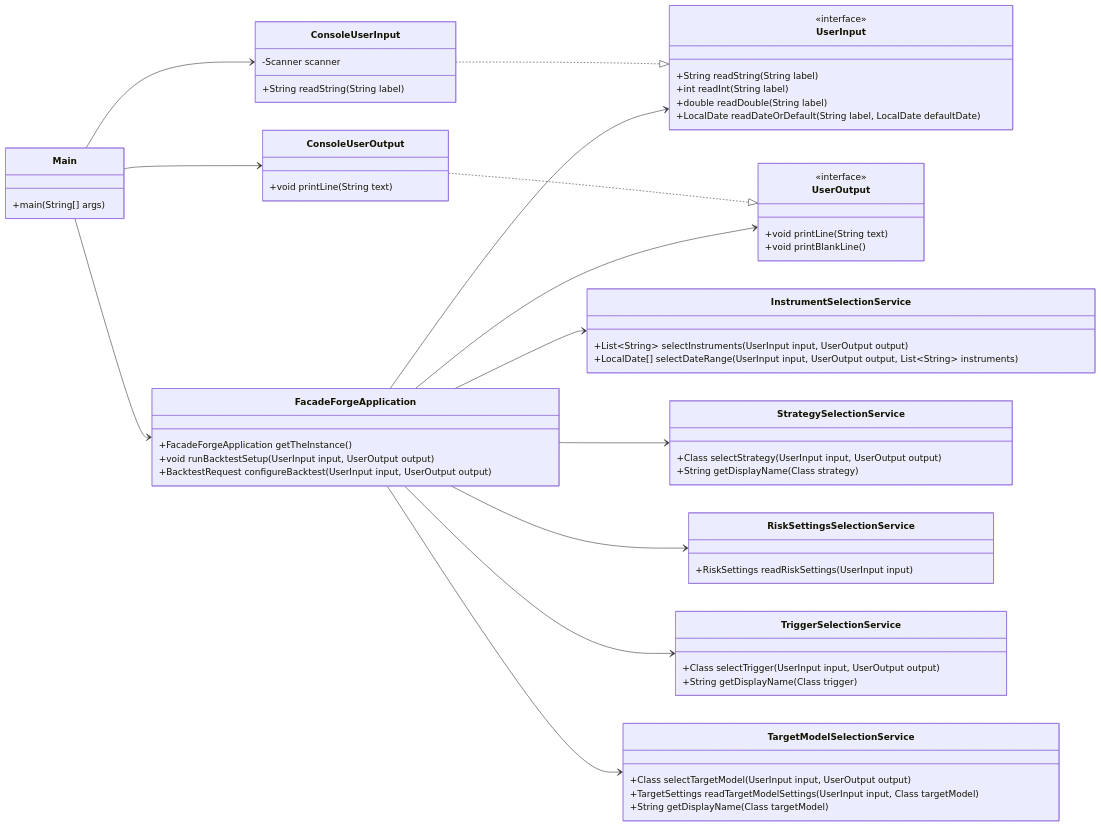
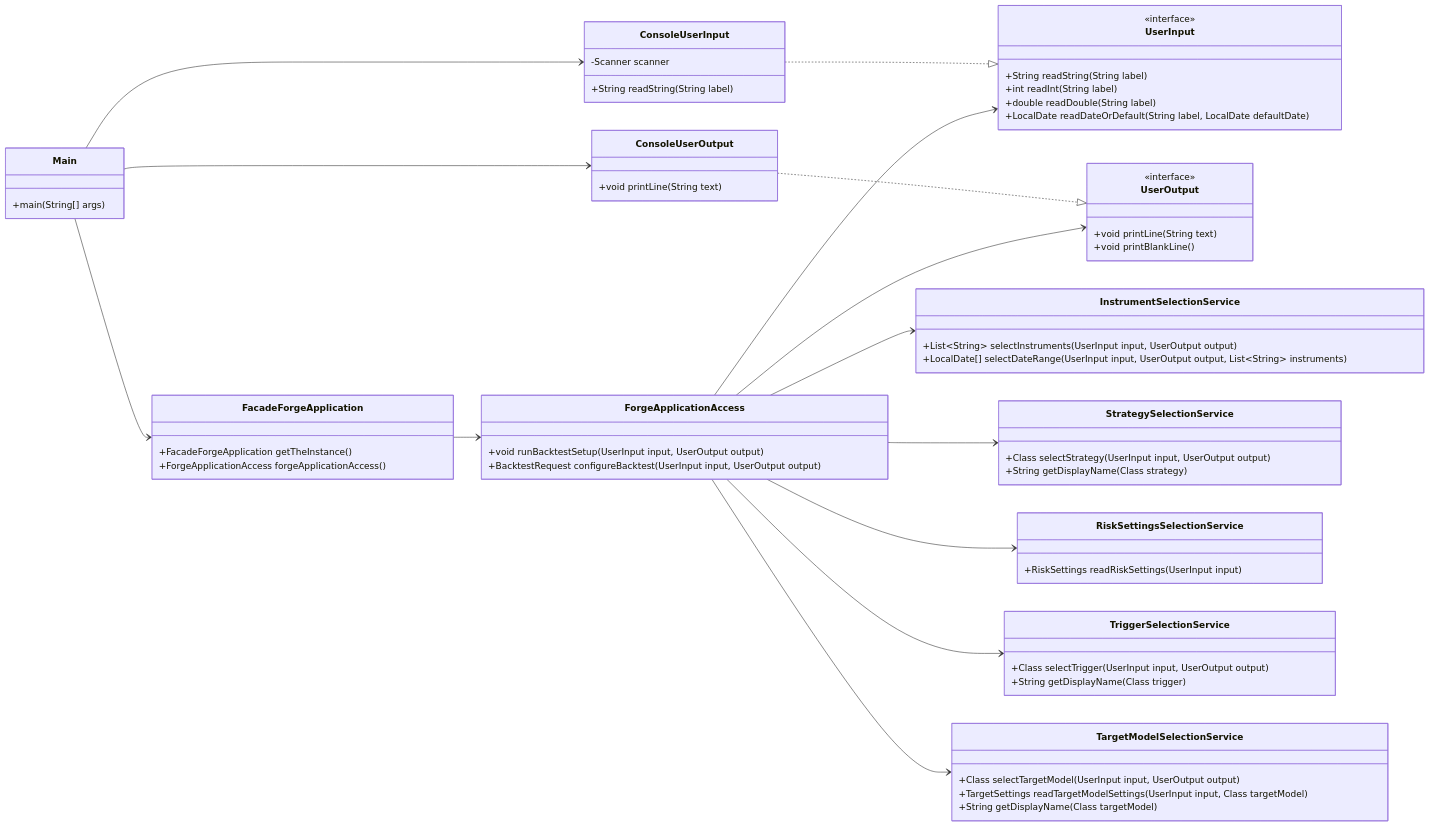
The third of 13 diagrams in class-model.md (probst-paul/FORGE), drawn with Mermaid before and after one commit. The commit also changed other lines of this file and 16 other files, not shown here.

First line of the commit message:
Add Forge*Access facades and refactor facades

````diff
--- a/class-model.md
+++ b/class-model.md
@@ -111,75 +119,80 @@
 ```mermaid
 classDiagram
     direction LR
 
     class Main {
         +main(String[] args)
     }
 
     class FacadeForgeApplication {
         +FacadeForgeApplication getTheInstance()
+        +ForgeApplicationAccess forgeApplicationAccess()
+    }
+
+    class ForgeApplicationAccess {
         +void runBacktestSetup(UserInput input, UserOutput output)
         +BacktestRequest configureBacktest(UserInput input, UserOutput output)
     }
 
     class InstrumentSelectionService {
         +List~String~ selectInstruments(UserInput input, UserOutput output)
         +LocalDate[] selectDateRange(UserInput input, UserOutput output, List~String~ instruments)
     }
 
     class StrategySelectionService {
         +Class selectStrategy(UserInput input, UserOutput output)
         +String getDisplayName(Class strategy)
     }
 
     class RiskSettingsSelectionService {
         +RiskSettings readRiskSettings(UserInput input)
     }
 
     class TriggerSelectionService {
         +Class selectTrigger(UserInput input, UserOutput output)
         +String getDisplayName(Class trigger)
     }
 
     class TargetModelSelectionService {
         +Class selectTargetModel(UserInput input, UserOutput output)
         +TargetSettings readTargetModelSettings(UserInput input, Class targetModel)
         +String getDisplayName(Class targetModel)
     }
 
     class UserInput {
         <<interface>>
         +String readString(String label)
         +int readInt(String label)
         +double readDouble(String label)
         +LocalDate readDateOrDefault(String label, LocalDate defaultDate)
     }
 
     class ConsoleUserInput {
         -Scanner scanner
         +String readString(String label)
     }
 
     class UserOutput {
         <<interface>>
         +void printLine(String text)
         +void printBlankLine()
     }
 
     class ConsoleUserOutput {
         +void printLine(String text)
     }
 
     Main --> FacadeForgeApplication
     Main --> ConsoleUserInput
     Main --> ConsoleUserOutput
     ConsoleUserInput ..|> UserInput
     ConsoleUserOutput ..|> UserOutput
-    FacadeForgeApplication --> UserInput
-    FacadeForgeApplication --> UserOutput
-    FacadeForgeApplication --> InstrumentSelectionService
-    FacadeForgeApplication --> StrategySelectionService
-    FacadeForgeApplication --> RiskSettingsSelectionService
-    FacadeForgeApplication --> TriggerSelectionService
-    FacadeForgeApplication --> TargetModelSelectionService
+    FacadeForgeApplication --> ForgeApplicationAccess
+    ForgeApplicationAccess --> UserInput
+    ForgeApplicationAccess --> UserOutput
+    ForgeApplicationAccess --> InstrumentSelectionService
+    ForgeApplicationAccess --> StrategySelectionService
+    ForgeApplicationAccess --> RiskSettingsSelectionService
+    ForgeApplicationAccess --> TriggerSelectionService
+    ForgeApplicationAccess --> TargetModelSelectionService
 ```
````
